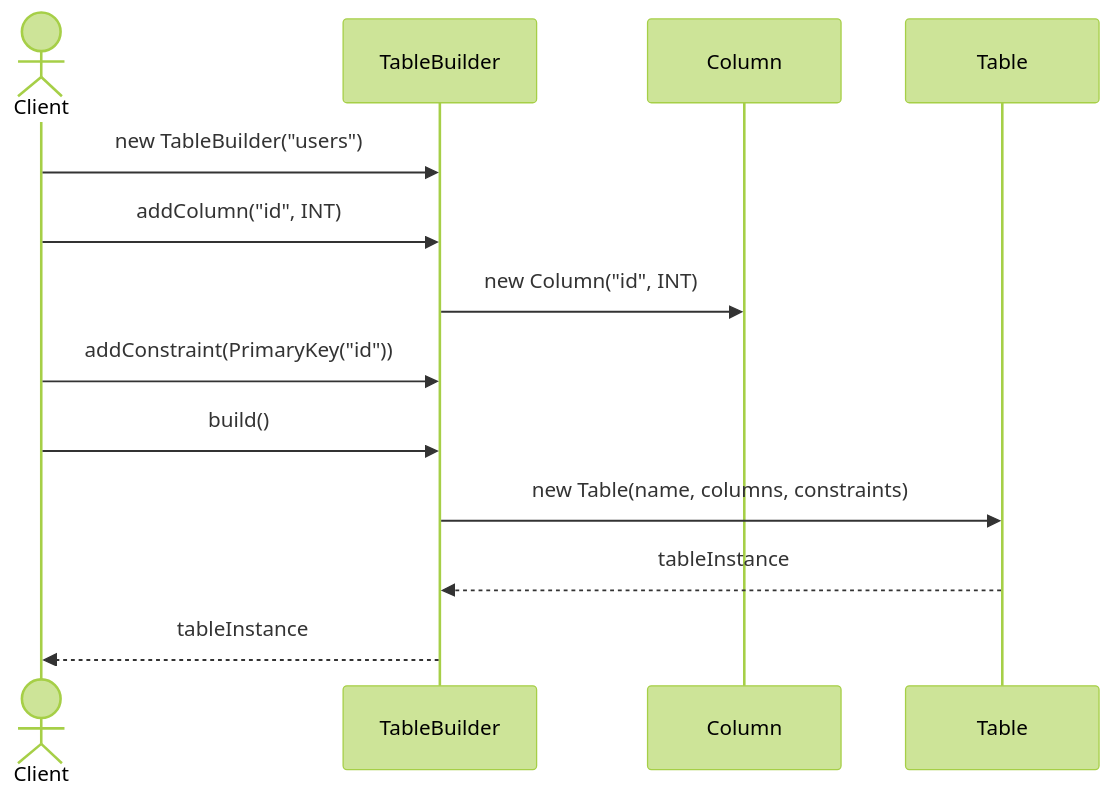
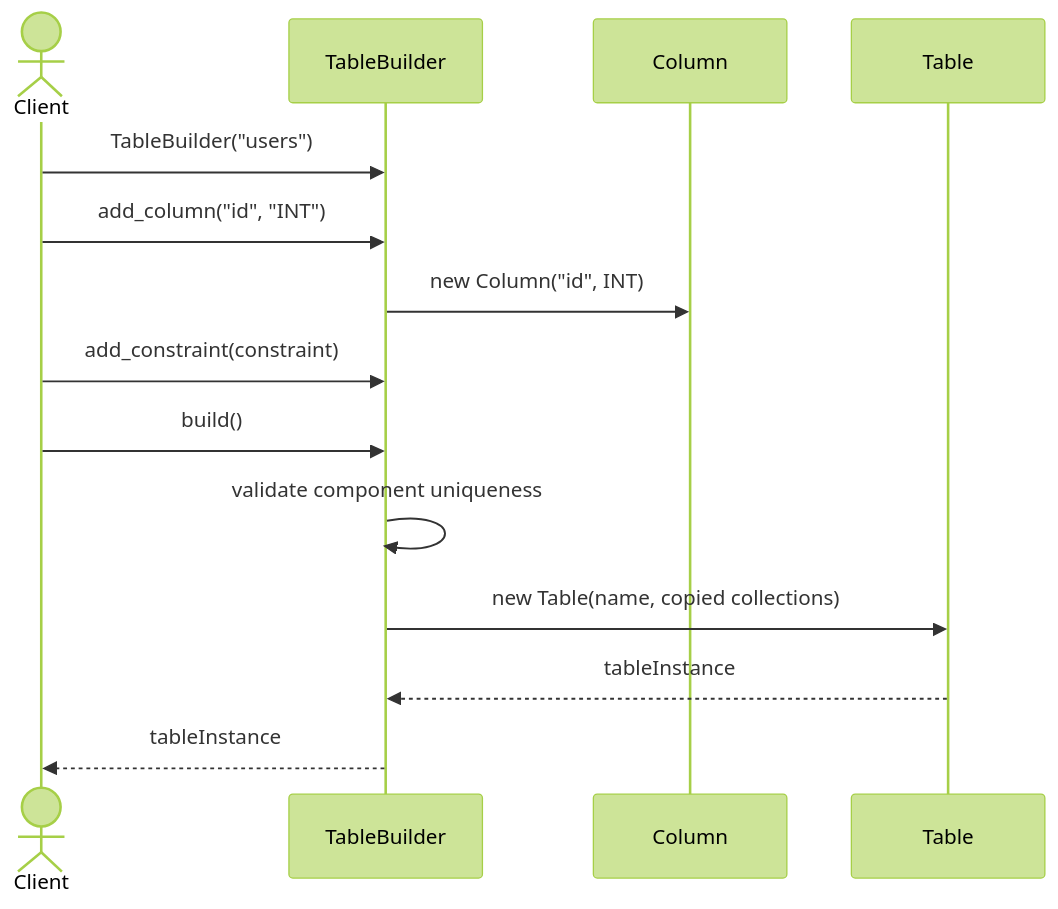
One commit to taitran501/DBMS changed the second of 21 diagrams in README.md. Above: the diagram before and after it, drawn with Mermaid (forest theme). The commit also changed other lines of this file and 2 other files, not shown here.

Commit message:
feat(database_object): add TableBuilder class applied design patterns… (#7)

````diff
--- a/README.md
+++ b/README.md
@@ -712,16 +712,17 @@
 ```mermaid
 sequenceDiagram
     actor Client
     participant TableBuilder
     participant Column
     participant Table
 
-    Client->>TableBuilder: new TableBuilder("users")
-    Client->>TableBuilder: addColumn("id", INT)
+    Client->>TableBuilder: TableBuilder("users")
+    Client->>TableBuilder: add_column("id", "INT")
     TableBuilder->>Column: new Column("id", INT)
-    Client->>TableBuilder: addConstraint(PrimaryKey("id"))
+    Client->>TableBuilder: add_constraint(constraint)
     Client->>TableBuilder: build()
-    TableBuilder->>Table: new Table(name, columns, constraints)
+    TableBuilder->>TableBuilder: validate component uniqueness
+    TableBuilder->>Table: new Table(name, copied collections)
     Table-->>TableBuilder: tableInstance
     TableBuilder-->>Client: tableInstance
 ```
````
